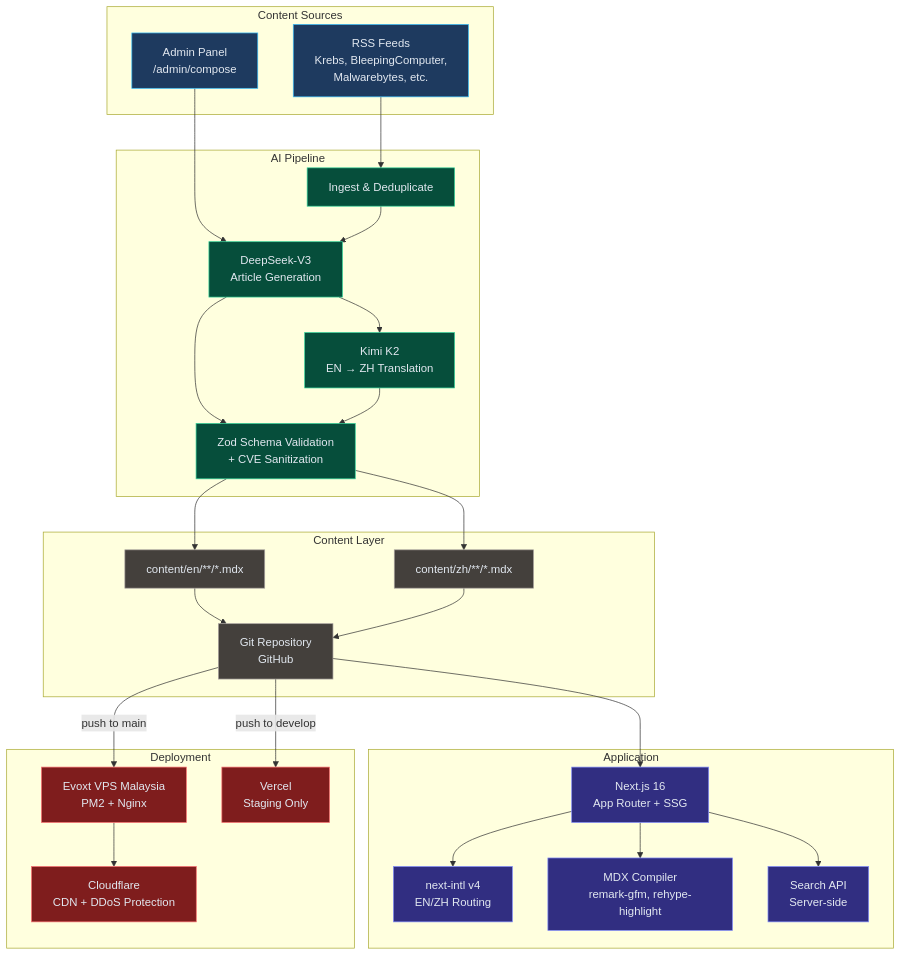
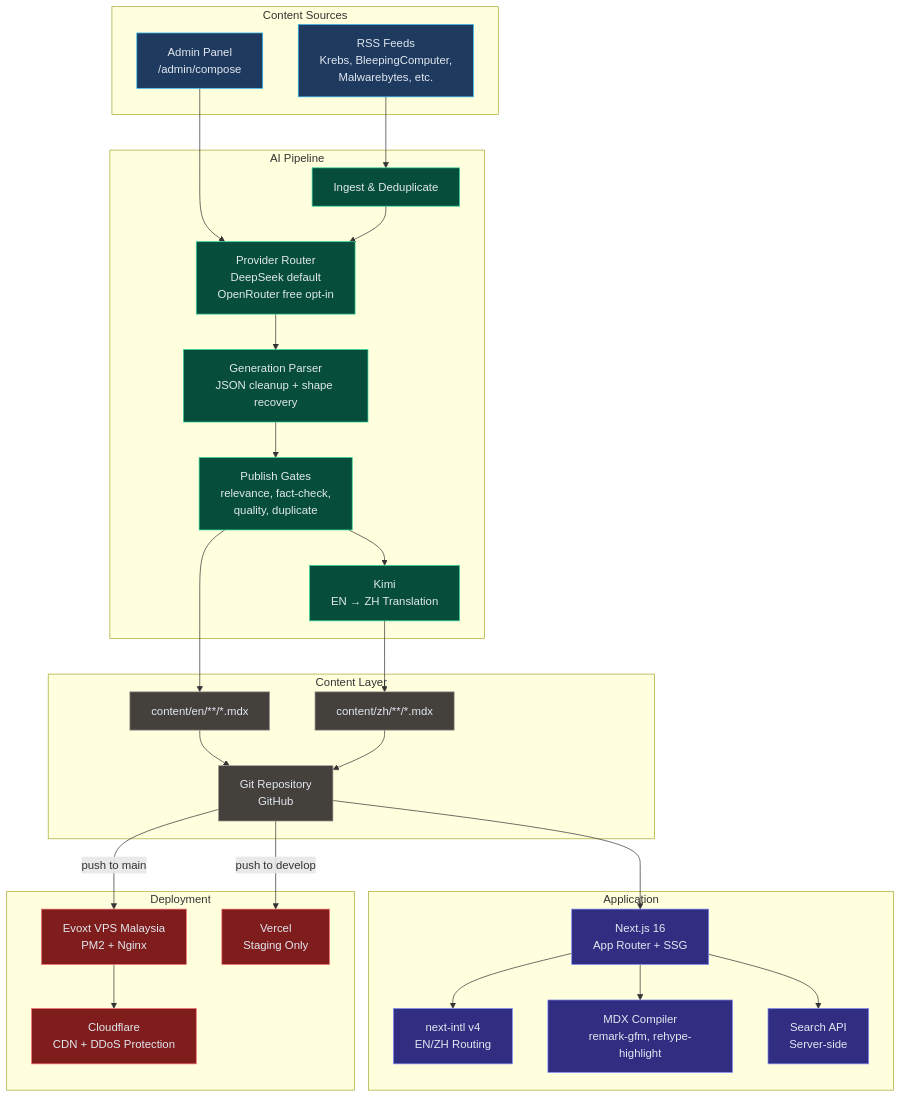
One commit to jamesKhor/Zcybernews changed the first of 3 diagrams in README.md. Above: the diagram before and after it, drawn with Mermaid. The commit also changed other lines of this file and 7 other files, not shown here.

Commit message:
fix: recover pipeline generation parser failures

````diff
--- a/README.md
+++ b/README.md
@@ -17,68 +17,70 @@
 ```mermaid
 graph TB
     subgraph "Content Sources"
         RSS[RSS Feeds<br/>Krebs, BleepingComputer,<br/>Malwarebytes, etc.]
         ADMIN[Admin Panel<br/>/admin/compose]
     end
 
     subgraph "AI Pipeline"
         INGEST[Ingest & Deduplicate]
-        DEEPSEEK[DeepSeek-V3<br/>Article Generation]
-        KIMI[Kimi K2<br/>EN → ZH Translation]
-        VALIDATE[Zod Schema Validation<br/>+ CVE Sanitization]
+        ROUTER[Provider Router<br/>DeepSeek default<br/>OpenRouter free opt-in]
+        PARSER[Generation Parser<br/>JSON cleanup + shape recovery]
+        GATES[Publish Gates<br/>relevance, fact-check,<br/>quality, duplicate]
+        KIMI[Kimi<br/>EN → ZH Translation]
     end
 
     subgraph "Content Layer"
         MDX_EN[content/en/**/*.mdx]
         MDX_ZH[content/zh/**/*.mdx]
         GIT[Git Repository<br/>GitHub]
     end
 
     subgraph "Application"
         NEXTJS[Next.js 16<br/>App Router + SSG]
         INTL[next-intl v4<br/>EN/ZH Routing]
         MDX_RENDER[MDX Compiler<br/>remark-gfm, rehype-highlight]
         SEARCH[Search API<br/>Server-side]
     end
 
     subgraph "Deployment"
         VPS[Evoxt VPS Malaysia<br/>PM2 + Nginx]
         CF[Cloudflare<br/>CDN + DDoS Protection]
         VERCEL[Vercel<br/>Staging Only]
     end
 
     RSS --> INGEST
-    ADMIN --> DEEPSEEK
-    INGEST --> DEEPSEEK
-    DEEPSEEK --> KIMI
-    DEEPSEEK --> VALIDATE
-    KIMI --> VALIDATE
-    VALIDATE --> MDX_EN
-    VALIDATE --> MDX_ZH
+    ADMIN --> ROUTER
+    INGEST --> ROUTER
+    ROUTER --> PARSER
+    PARSER --> GATES
+    GATES --> MDX_EN
+    GATES --> KIMI
+    KIMI --> MDX_ZH
     MDX_EN --> GIT
     MDX_ZH --> GIT
     GIT -->|push to main| VPS
     GIT -->|push to develop| VERCEL
     VPS --> CF
     GIT --> NEXTJS
     NEXTJS --> INTL
     NEXTJS --> MDX_RENDER
     NEXTJS --> SEARCH
 
     style RSS fill:#1e3a5f,stroke:#38bdf8,color:#e2e8f0
     style ADMIN fill:#1e3a5f,stroke:#38bdf8,color:#e2e8f0
-    style DEEPSEEK fill:#064e3b,stroke:#34d399,color:#e2e8f0
+    style INGEST fill:#064e3b,stroke:#34d399,color:#e2e8f0
+    style ROUTER fill:#064e3b,stroke:#34d399,color:#e2e8f0
+    style PARSER fill:#064e3b,stroke:#34d399,color:#e2e8f0
+    style GATES fill:#064e3b,stroke:#34d399,color:#e2e8f0
     style KIMI fill:#064e3b,stroke:#34d399,color:#e2e8f0
-    style INGEST fill:#064e3b,stroke:#34d399,color:#e2e8f0
-    style VALIDATE fill:#064e3b,stroke:#34d399,color:#e2e8f0
     style MDX_EN fill:#44403c,stroke:#a8a29e,color:#e2e8f0
     style MDX_ZH fill:#44403c,stroke:#a8a29e,color:#e2e8f0
     style GIT fill:#44403c,stroke:#a8a29e,color:#e2e8f0
     style NEXTJS fill:#312e81,stroke:#818cf8,color:#e2e8f0
     style INTL fill:#312e81,stroke:#818cf8,color:#e2e8f0
     style MDX_RENDER fill:#312e81,stroke:#818cf8,color:#e2e8f0
     style SEARCH fill:#312e81,stroke:#818cf8,color:#e2e8f0
     style VPS fill:#7f1d1d,stroke:#f87171,color:#e2e8f0
     style CF fill:#7f1d1d,stroke:#f87171,color:#e2e8f0
     style VERCEL fill:#7f1d1d,stroke:#f87171,color:#e2e8f0
 ```
````
